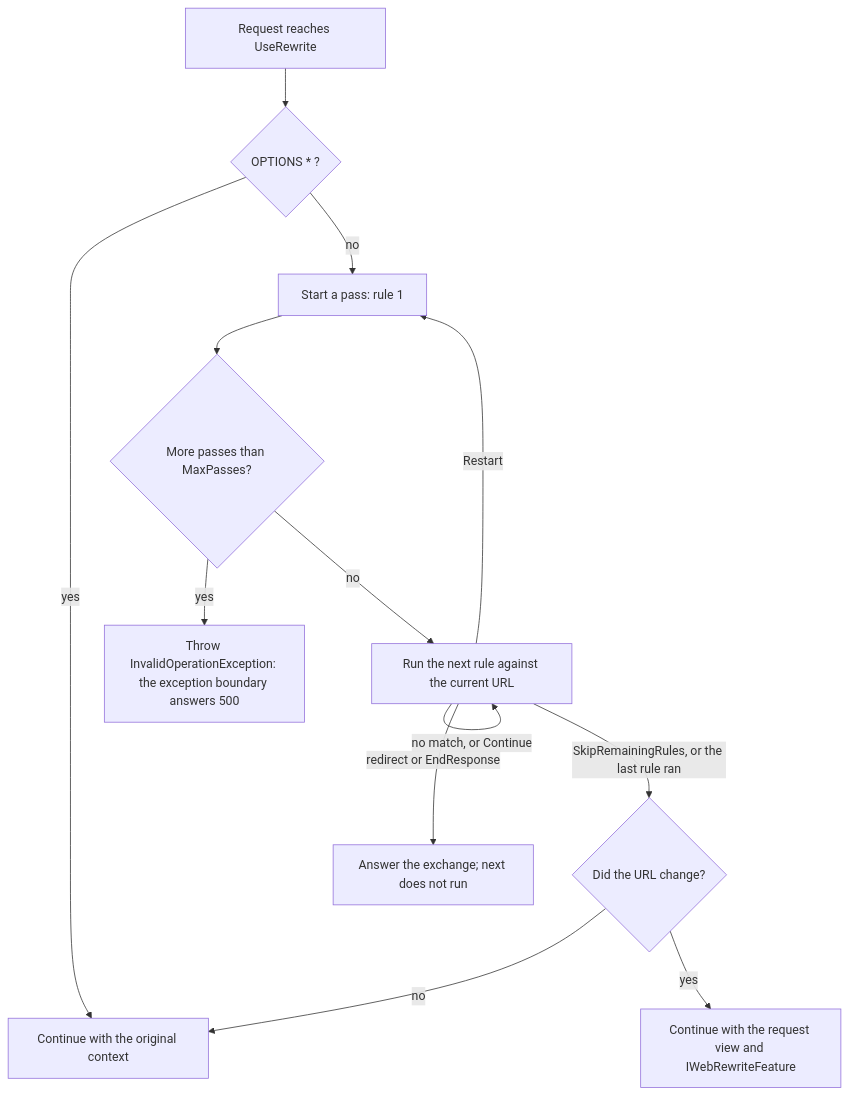
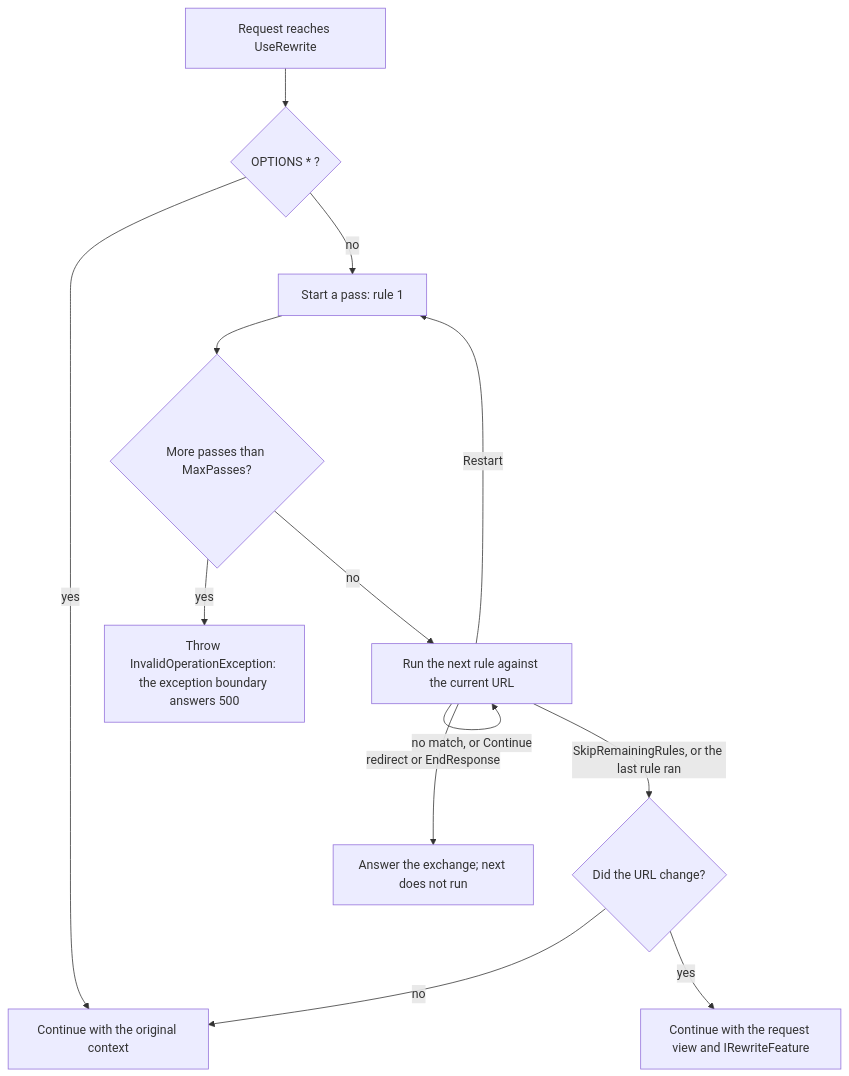
One commit to assimalign/cohesion-docs changed the second of 2 diagrams in docs/dotnet-apis/resources/web/assimalign-cohesion-web-rewrite/design.md. Above: the diagram before and after it, drawn with Mermaid. The commit also changed other lines of this file and 736 other files, not shown here.

````diff
--- a/docs/dotnet-apis/resources/web/assimalign-cohesion-web-rewrite/design.md
+++ b/docs/dotnet-apis/resources/web/assimalign-cohesion-web-rewrite/design.md
@@ -144,15 +143,15 @@
 ```mermaid
 flowchart TD
     Start["Request reaches UseRewrite"] --> Asterisk{"OPTIONS * ?"}
     Asterisk -->|"yes"| PassThrough["Continue with the original context"]
     Asterisk -->|"no"| Pass["Start a pass: rule 1"]
     Pass --> Bound{"More passes than MaxPasses?"}
     Bound -->|"yes"| Loop["Throw InvalidOperationException: the exception boundary answers 500"]
     Bound -->|"no"| Rule["Run the next rule against the current URL"]
     Rule -->|"no match, or Continue"| Rule
     Rule -->|"Restart"| Pass
     Rule -->|"redirect or EndResponse"| Answer["Answer the exchange; next does not run"]
     Rule -->|"SkipRemainingRules, or the last rule ran"| Changed{"Did the URL change?"}
     Changed -->|"no"| PassThrough
-    Changed -->|"yes"| View["Continue with the request view and IWebRewriteFeature"]
+    Changed -->|"yes"| View["Continue with the request view and IRewriteFeature"]
 ```
````
